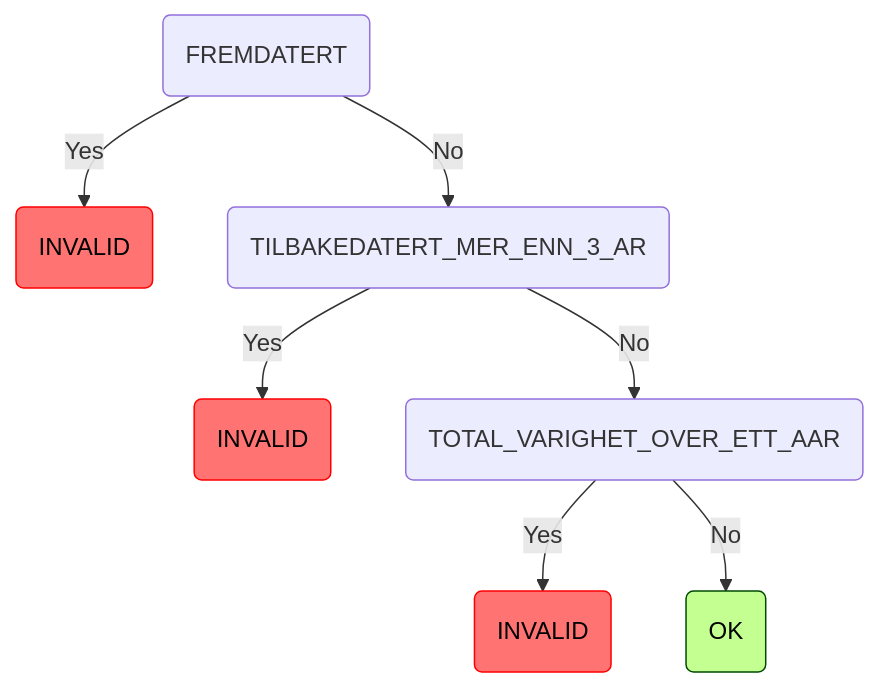
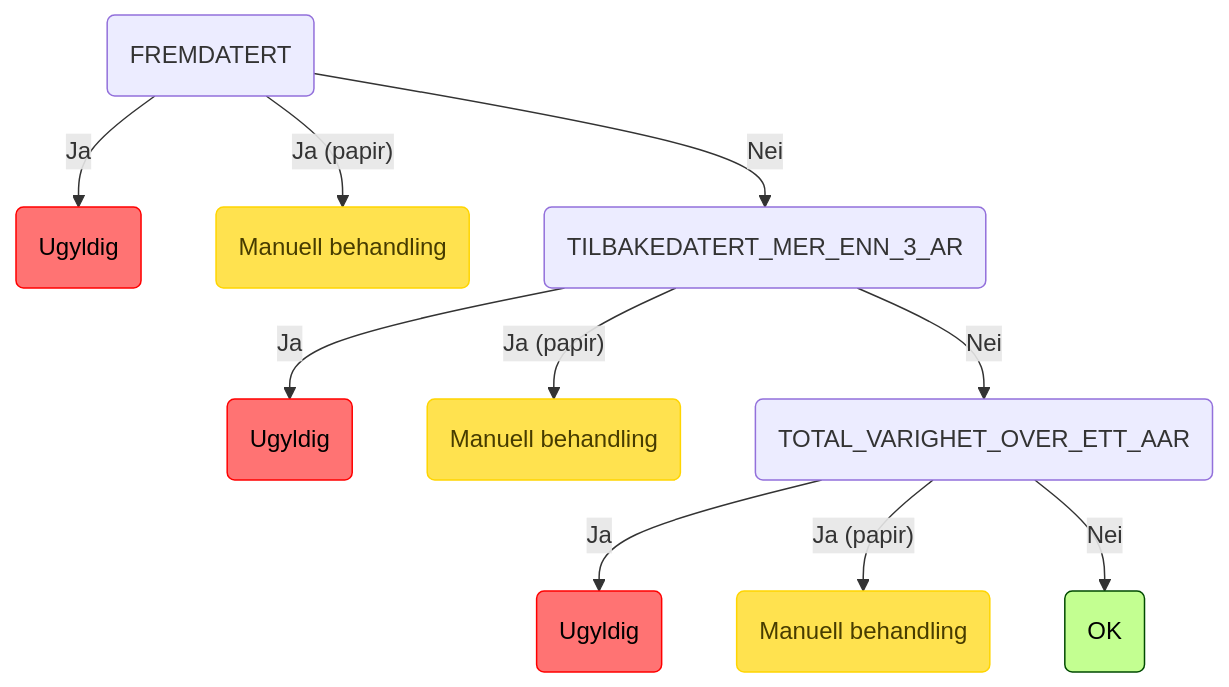
The seventh of 8 diagrams in README.md (navikt/regulus-regula), drawn with Mermaid before and after one commit. The commit also changed other lines of this file and 21 other files, not shown here.

Commit message:
chore: show ExecutionMode.PAPIR in mermaid docs, also make mermaid graphs norskwegian

````diff
--- a/README.md
+++ b/README.md
@@ -176,12 +205,15 @@
 ```mermaid
 graph TD
-    root(FREMDATERT) -->|Yes| root_FREMDATERT_INVALID(INVALID):::invalid
-    root(FREMDATERT) -->|No| root_FREMDATERT_TILBAKEDATERT_MER_ENN_3_AR(TILBAKEDATERT_MER_ENN_3_AR)
-    root_FREMDATERT_TILBAKEDATERT_MER_ENN_3_AR(TILBAKEDATERT_MER_ENN_3_AR) -->|Yes| root_FREMDATERT_TILBAKEDATERT_MER_ENN_3_AR_INVALID(INVALID):::invalid
-    root_FREMDATERT_TILBAKEDATERT_MER_ENN_3_AR(TILBAKEDATERT_MER_ENN_3_AR) -->|No| root_FREMDATERT_TILBAKEDATERT_MER_ENN_3_AR_TOTAL_VARIGHET_OVER_ETT_AAR(TOTAL_VARIGHET_OVER_ETT_AAR)
-    root_FREMDATERT_TILBAKEDATERT_MER_ENN_3_AR_TOTAL_VARIGHET_OVER_ETT_AAR(TOTAL_VARIGHET_OVER_ETT_AAR) -->|Yes| root_FREMDATERT_TILBAKEDATERT_MER_ENN_3_AR_TOTAL_VARIGHET_OVER_ETT_AAR_INVALID(INVALID):::invalid
-    root_FREMDATERT_TILBAKEDATERT_MER_ENN_3_AR_TOTAL_VARIGHET_OVER_ETT_AAR(TOTAL_VARIGHET_OVER_ETT_AAR) -->|No| root_FREMDATERT_TILBAKEDATERT_MER_ENN_3_AR_TOTAL_VARIGHET_OVER_ETT_AAR_OK(OK):::ok
+    root(FREMDATERT) -->|Ja| root_FREMDATERT_INVALID(Ugyldig):::invalid
+    root(FREMDATERT) -->|"Ja (papir)"| root_FREMDATERT_INVALID_papir(Manuell behandling):::manuell
+    root(FREMDATERT) -->|Nei| root_FREMDATERT_TILBAKEDATERT_MER_ENN_3_AR(TILBAKEDATERT_MER_ENN_3_AR)
+    root_FREMDATERT_TILBAKEDATERT_MER_ENN_3_AR(TILBAKEDATERT_MER_ENN_3_AR) -->|Ja| root_FREMDATERT_TILBAKEDATERT_MER_ENN_3_AR_INVALID(Ugyldig):::invalid
+    root_FREMDATERT_TILBAKEDATERT_MER_ENN_3_AR(TILBAKEDATERT_MER_ENN_3_AR) -->|"Ja (papir)"| root_FREMDATERT_TILBAKEDATERT_MER_ENN_3_AR_INVALID_papir(Manuell behandling):::manuell
+    root_FREMDATERT_TILBAKEDATERT_MER_ENN_3_AR(TILBAKEDATERT_MER_ENN_3_AR) -->|Nei| root_FREMDATERT_TILBAKEDATERT_MER_ENN_3_AR_TOTAL_VARIGHET_OVER_ETT_AAR(TOTAL_VARIGHET_OVER_ETT_AAR)
+    root_FREMDATERT_TILBAKEDATERT_MER_ENN_3_AR_TOTAL_VARIGHET_OVER_ETT_AAR(TOTAL_VARIGHET_OVER_ETT_AAR) -->|Ja| root_FREMDATERT_TILBAKEDATERT_MER_ENN_3_AR_TOTAL_VARIGHET_OVER_ETT_AAR_INVALID(Ugyldig):::invalid
+    root_FREMDATERT_TILBAKEDATERT_MER_ENN_3_AR_TOTAL_VARIGHET_OVER_ETT_AAR(TOTAL_VARIGHET_OVER_ETT_AAR) -->|"Ja (papir)"| root_FREMDATERT_TILBAKEDATERT_MER_ENN_3_AR_TOTAL_VARIGHET_OVER_ETT_AAR_INVALID_papir(Manuell behandling):::manuell
+    root_FREMDATERT_TILBAKEDATERT_MER_ENN_3_AR_TOTAL_VARIGHET_OVER_ETT_AAR(TOTAL_VARIGHET_OVER_ETT_AAR) -->|Nei| root_FREMDATERT_TILBAKEDATERT_MER_ENN_3_AR_TOTAL_VARIGHET_OVER_ETT_AAR_OK(OK):::ok
     classDef ok fill:#c3ff91,stroke:#004a00,color: black;
     classDef invalid fill:#ff7373,stroke:#ff0000,color: black;
     classDef manuell fill:#ffe24f,stroke:#ffd500,color: #473c00;
 ```
````
